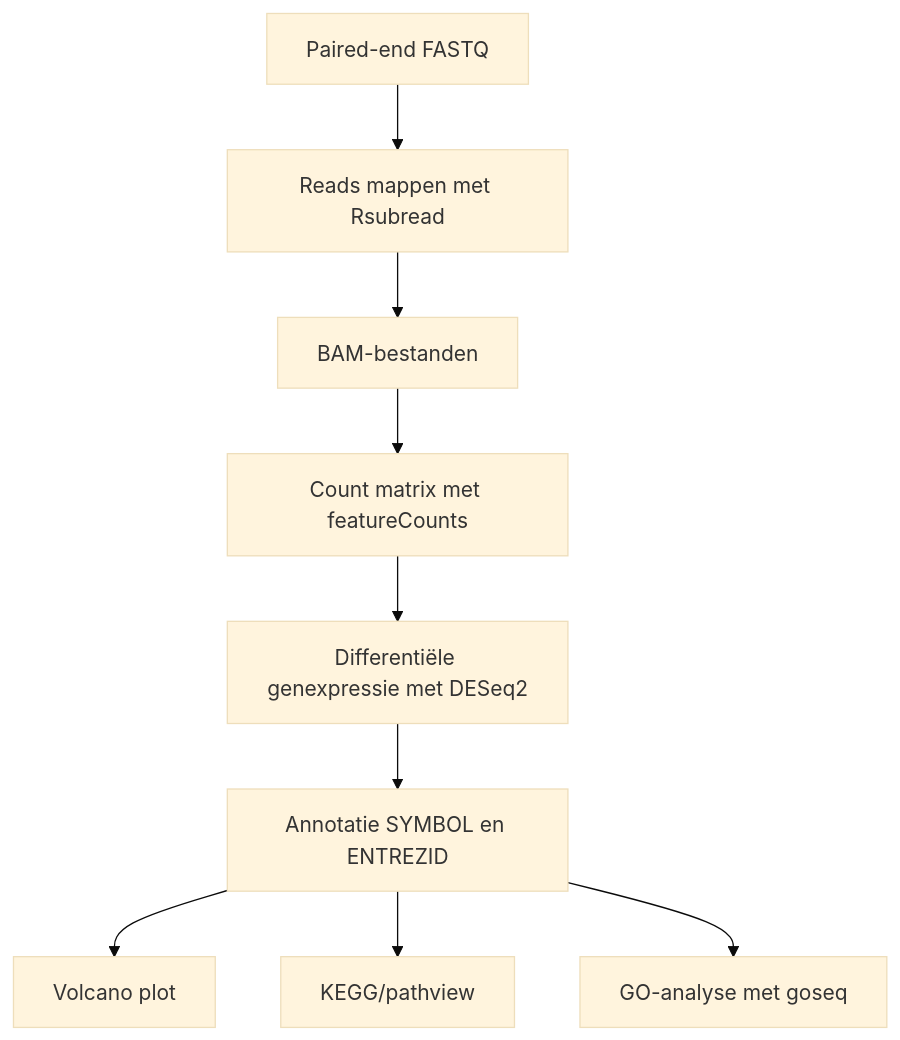
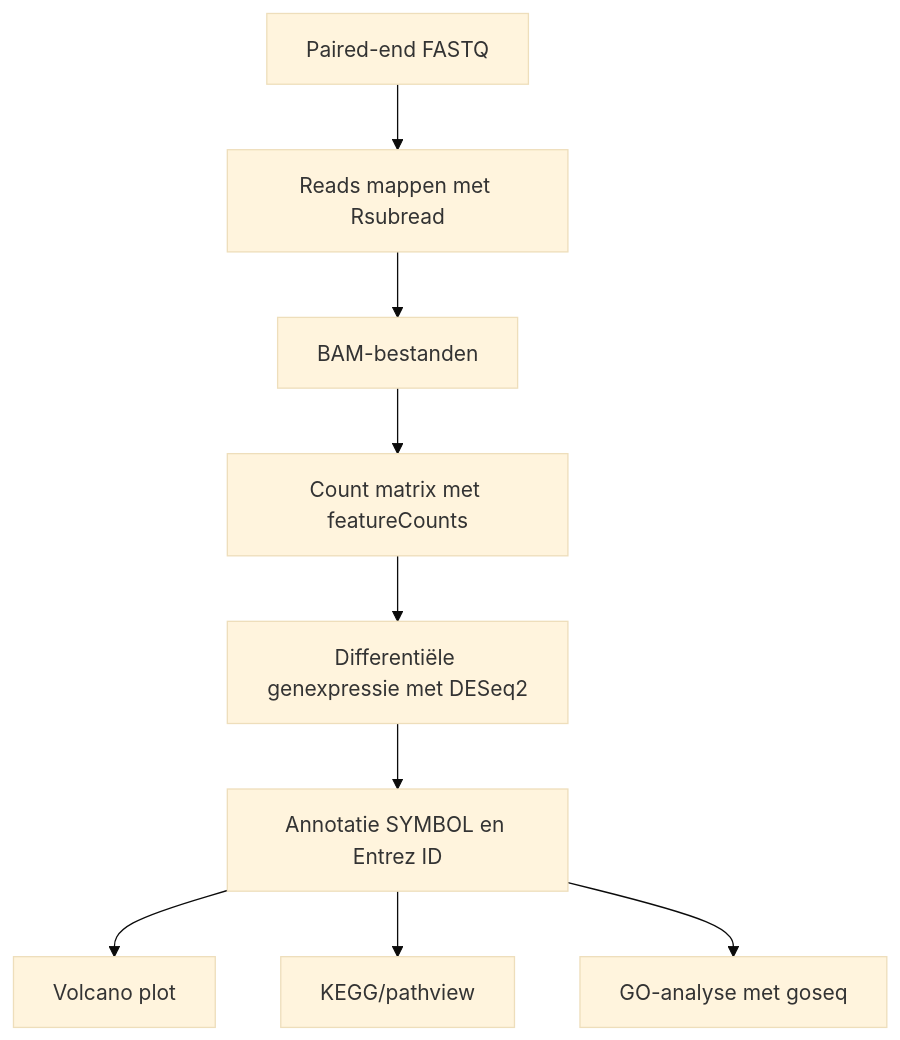
One commit to Emily-vdM/J2P4-Transcriptomics-RA changed the diagram in README.md. Above: the diagram before and after it, drawn with Mermaid (base theme).

````diff
--- a/README.md
+++ b/README.md
@@ -44,11 +44,11 @@
 ```mermaid
 flowchart TD
     A[Paired-end FASTQ] --> B[Reads mappen met Rsubread]
     B --> C[BAM-bestanden]
     C --> D[Count matrix met featureCounts]
     D --> E[Differentiële genexpressie met DESeq2]
-    E --> F[Annotatie SYMBOL en ENTREZID]
+    E --> F[Annotatie SYMBOL en Entrez ID]
     F --> G[Volcano plot]
     F --> H[KEGG/pathview]
     F --> I[GO-analyse met goseq]
 ```
````
